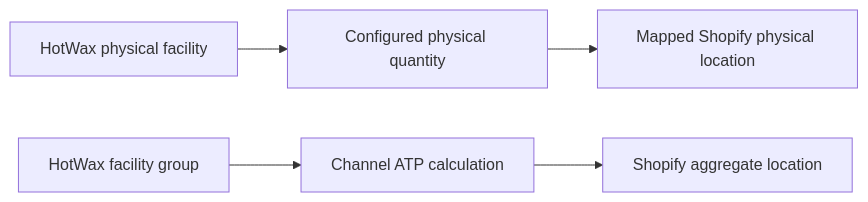
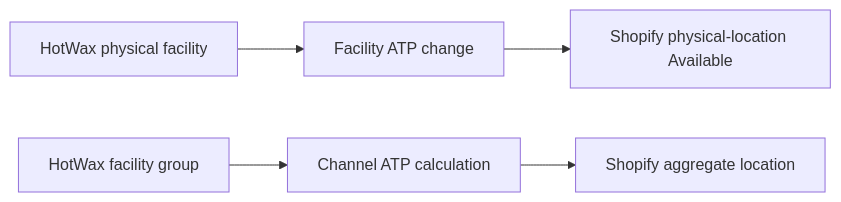
Before and after one commit to hotwax/oms-documentation: the first of 2 diagrams in documents/learn-shopify/shopify-integration/inventory/inventory-sync.md, drawn with Mermaid. The commit also changed other lines of this file and 14 other files, not shown here.

Commit message:
docs: unify Shopify channel and location inventory event sync

````diff
--- a/documents/learn-shopify/shopify-integration/inventory/inventory-sync.md
+++ b/documents/learn-shopify/shopify-integration/inventory/inventory-sync.md
@@ -28,9 +28,9 @@
 ```mermaid
 flowchart LR
     accTitle: Physical and aggregate Shopify inventory targets
-    accDescr: A physical HotWax facility publishes its configured inventory quantity to its mapped Shopify location, while a facility group calculates channel ATP for a separate Shopify aggregate location.
-    F[HotWax physical facility] --> Q[Configured physical quantity]
-    Q --> L[Mapped Shopify physical location]
+    accDescr: Physical-location events publish facility ATP changes as available-quantity adjustments to the mapped Shopify physical location, while channel events publish channel ATP changes to a separate Shopify aggregate location.
+    F[HotWax physical facility] --> Q[Facility ATP change]
+    Q --> L[Shopify physical-location Available]
     G[HotWax facility group] --> A[Channel ATP calculation]
     A --> C[Shopify aggregate location]
 ```
````
